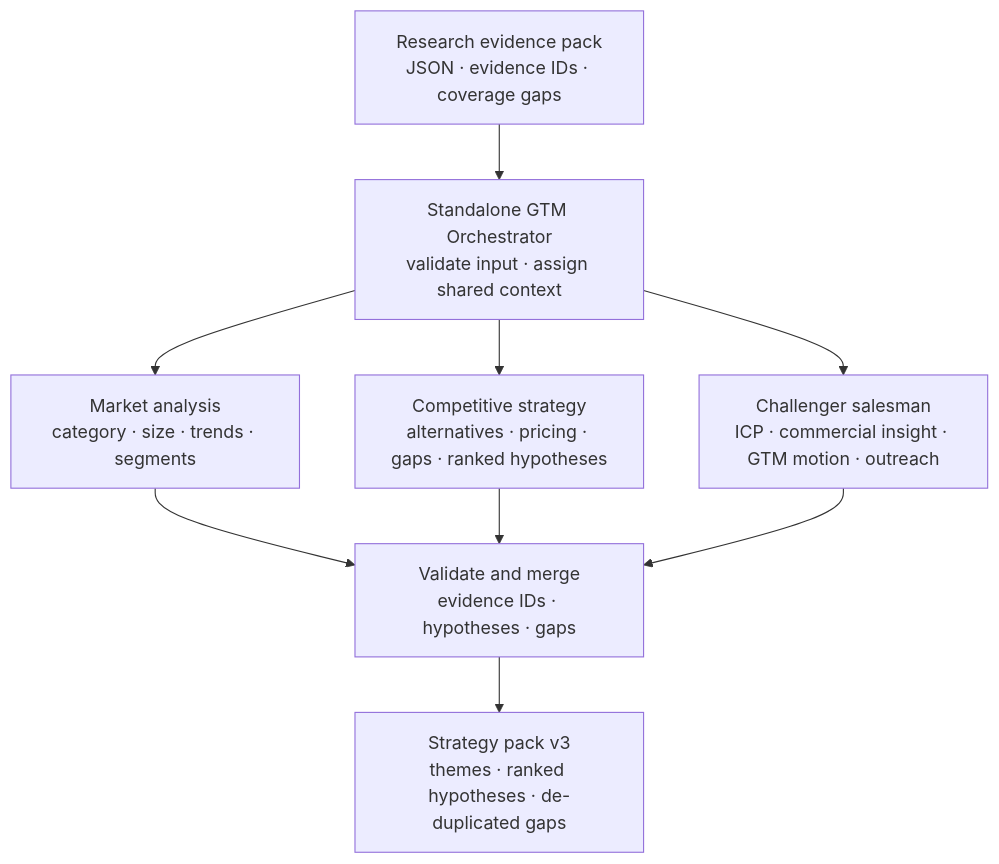
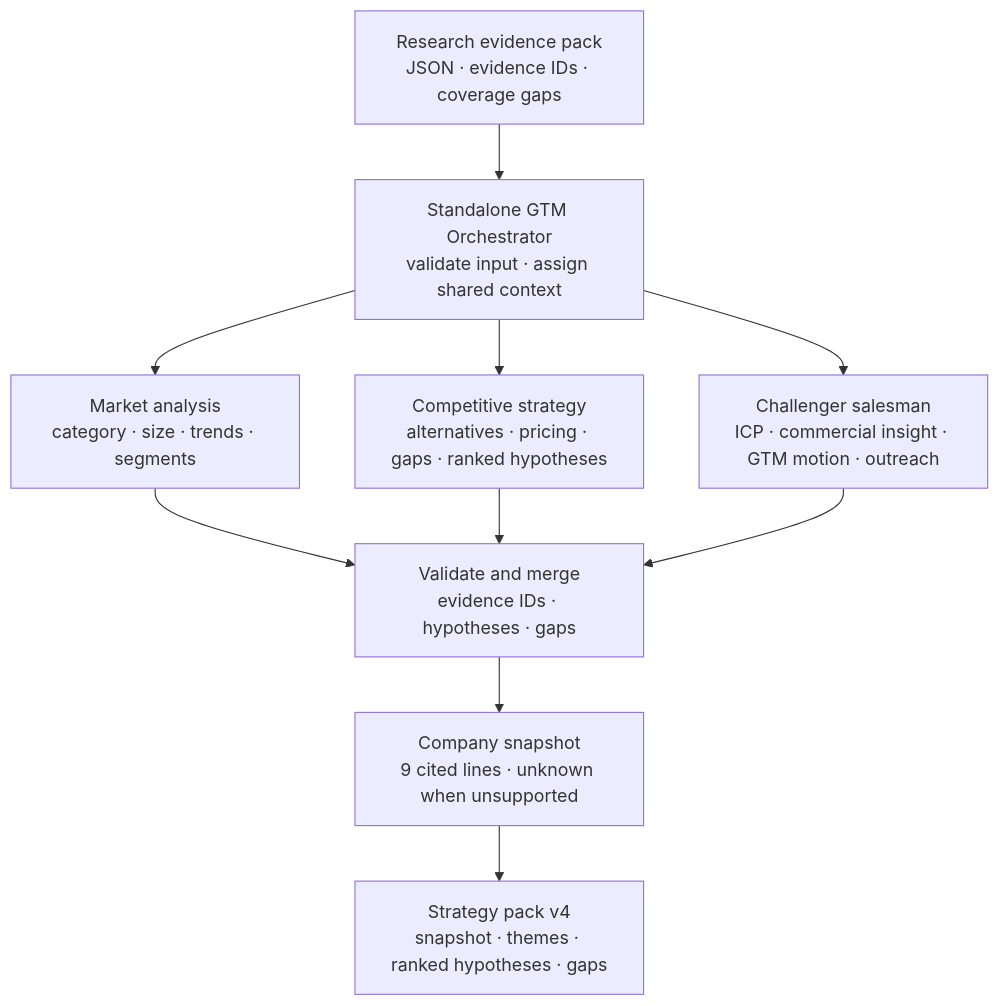
Before and after one commit to efolley/Venture-OS: the diagram in README.md, drawn with Mermaid. The commit also changed other lines of this file and 25 other files, not shown here.

First line of the commit message:
GTM orchestrator V.0.2: company snapshot on Research schema v4

````diff
--- a/README.md
+++ b/README.md
@@ -59,11 +59,12 @@
 ```mermaid
 flowchart TD
     INPUT["Research evidence pack<br/>JSON · evidence IDs · coverage gaps"] --> ORCH["Standalone GTM Orchestrator<br/>validate input · assign shared context"]
     ORCH --> MARKET["Market analysis<br/>category · size · trends · segments"]
     ORCH --> COMPETE["Competitive strategy<br/>alternatives · pricing · gaps · ranked hypotheses"]
     ORCH --> SALES["Challenger salesman<br/>ICP · commercial insight · GTM motion · outreach"]
     MARKET --> MERGE["Validate and merge<br/>evidence IDs · hypotheses · gaps"]
     COMPETE --> MERGE
     SALES --> MERGE
-    MERGE --> OUTPUT["Strategy pack v3<br/>themes · ranked hypotheses · de-duplicated gaps"]
+    MERGE --> SNAP["Company snapshot<br/>9 cited lines · unknown when unsupported"]
+    SNAP --> OUTPUT["Strategy pack v4<br/>snapshot · themes · ranked hypotheses · gaps"]
 ```
````
